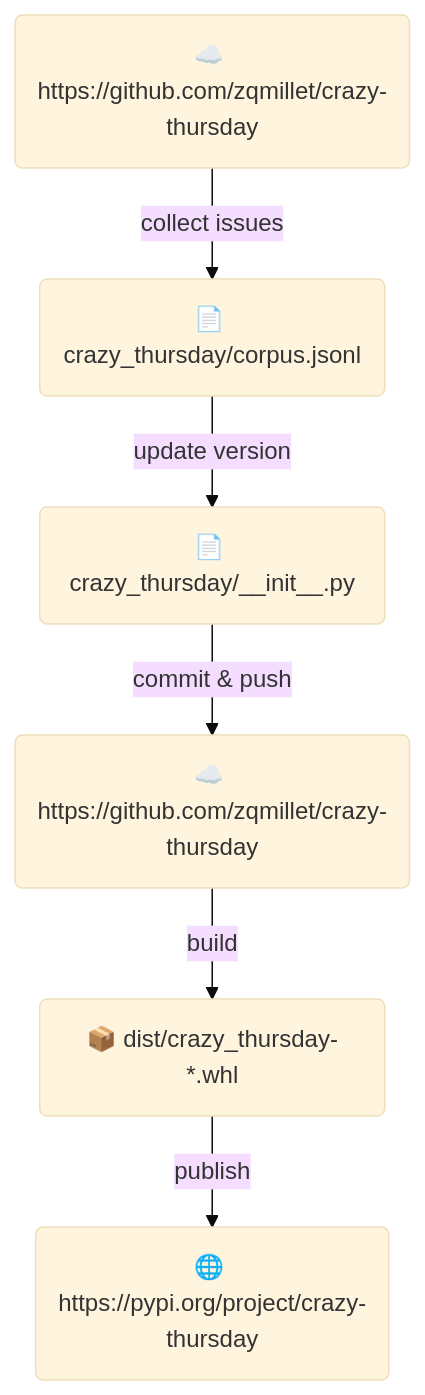
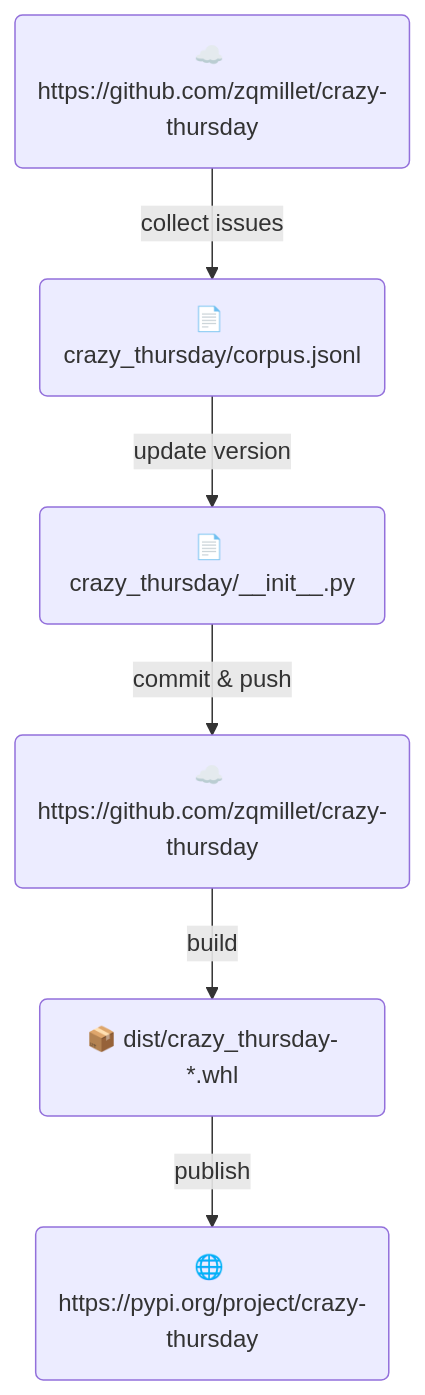
Before and after one commit to zqmillet/crazy-thursday: the diagram in README.md, drawn with Mermaid.

Commit message:
[Debug] debug.

````diff
--- a/README.md
+++ b/README.md
@@ -36,9 +36,9 @@
 ```mermaid
-%%{init: {'theme':'base'}}%%
+%%{init: {'theme':'base' 'themeVariables': { 'primaryColor': '#000000'}}}%%
 graph TD
     A("☁️ https://github.com/zqmillet/crazy-thursday") -->|collect issues| B("📄 crazy_thursday/corpus.jsonl")
     B -->|update version| C("📄 crazy_thursday/__init__.py") 
     C --> |commit & push| D("☁️ https://github.com/zqmillet/crazy-thursday")
     D --> |build| E("📦 dist/crazy_thursday-*.whl")
     E --> |publish| F("🌐 https://pypi.org/project/crazy-thursday")
 ```
````
